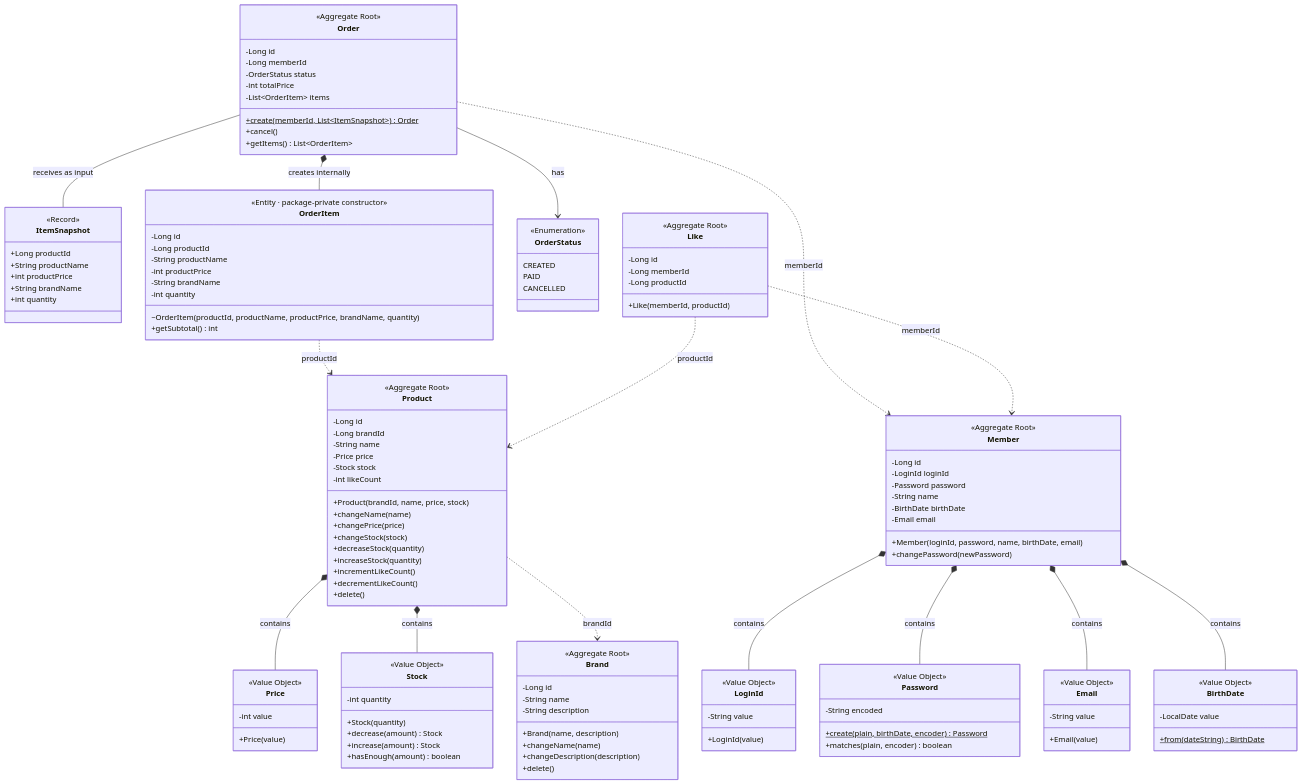
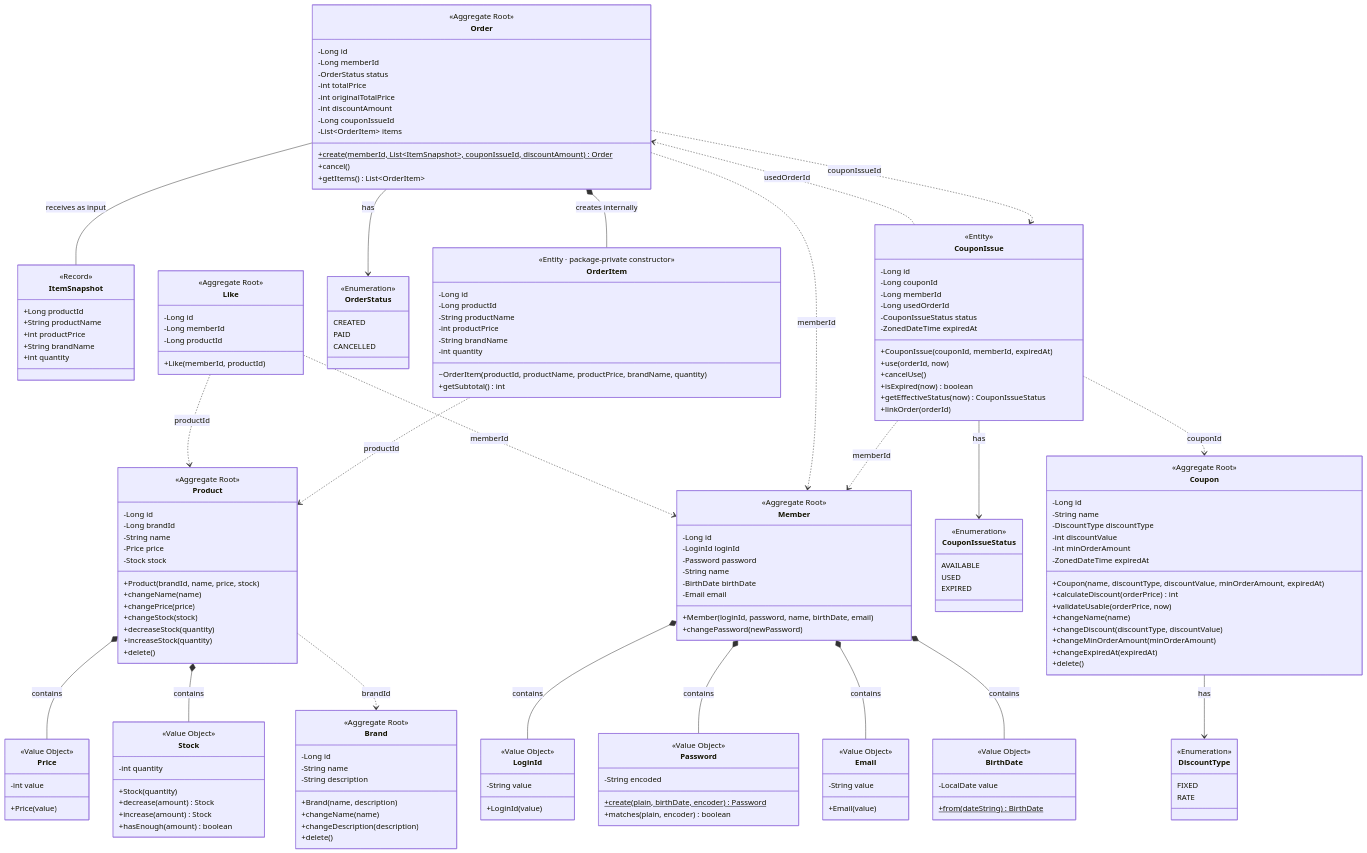
One commit to Loopers-dev-lab/loop-pack-be-l2-vol3-java changed the second of 2 diagrams in docs/design/03-class-diagram.md. Above: the diagram before and after it, drawn with Mermaid. The commit also changed other lines of this file and 3 other files, not shown here.

```diff
--- a/docs/design/03-class-diagram.md
+++ b/docs/design/03-class-diagram.md
@@ -147,15 +168,12 @@
         -String name
         -Price price
         -Stock stock
-        -int likeCount
         +Product(brandId, name, price, stock)
         +changeName(name)
         +changePrice(price)
         +changeStock(stock)
         +decreaseStock(quantity)
         +increaseStock(quantity)
-        +incrementLikeCount()
-        +decrementLikeCount()
         +delete()
     }
 
@@ -184,8 +202,11 @@
         -Long memberId
         -OrderStatus status
         -int totalPrice
+        -int originalTotalPrice
+        -int discountAmount
+        -Long couponIssueId
         -List~OrderItem~ items
-        +create(memberId, List~ItemSnapshot~)$ Order
+        +create(memberId, List~ItemSnapshot~, couponIssueId, discountAmount)$ Order
         +cancel()
         +getItems() List~OrderItem~
     }
@@ -230,6 +251,60 @@
         -Long productId
         +Like(memberId, productId)
     }
+
+    %% ===== Coupon Aggregate =====
+    class Coupon {
+        <<Aggregate Root>>
+        -Long id
+        -String name
+        -DiscountType discountType
+        -int discountValue
+        -int minOrderAmount
+        -ZonedDateTime expiredAt
+        +Coupon(name, discountType, discountValue, minOrderAmount, expiredAt)
+        +calculateDiscount(orderPrice) int
+        +validateUsable(orderPrice, now)
+        +changeName(name)
+        +changeDiscount(discountType, discountValue)
+        +changeMinOrderAmount(minOrderAmount)
+        +changeExpiredAt(expiredAt)
+        +delete()
+    }
+
+    class DiscountType {
+        <<Enumeration>>
+        FIXED
+        RATE
+    }
+
+    class CouponIssue {
+        <<Entity>>
+        -Long id
+        -Long couponId
+        -Long memberId
+        -Long usedOrderId
+        -CouponIssueStatus status
+        -ZonedDateTime expiredAt
+        +CouponIssue(couponId, memberId, expiredAt)
+        +use(orderId, now)
+        +cancelUse()
+        +isExpired(now) boolean
+        +getEffectiveStatus(now) CouponIssueStatus
+        +linkOrder(orderId)
+    }
+
+    class CouponIssueStatus {
+        <<Enumeration>>
+        AVAILABLE
+        USED
+        EXPIRED
+    }
+
+    Coupon --> DiscountType : has
+    CouponIssue --> CouponIssueStatus : has
+    CouponIssue ..> Coupon : couponId
+    CouponIssue ..> Member : memberId
+    CouponIssue ..> Order : usedOrderId
 
     %% ===== Member Aggregate =====
     class Member {
@@ -277,6 +352,7 @@
     %% ===== Aggregate 간 ID 참조 =====
     Product ..> Brand : brandId
     Order ..> Member : memberId
+    Order ..> CouponIssue : couponIssueId
     OrderItem ..> Product : productId
     Like ..> Member : memberId
     Like ..> Product : productId
```
